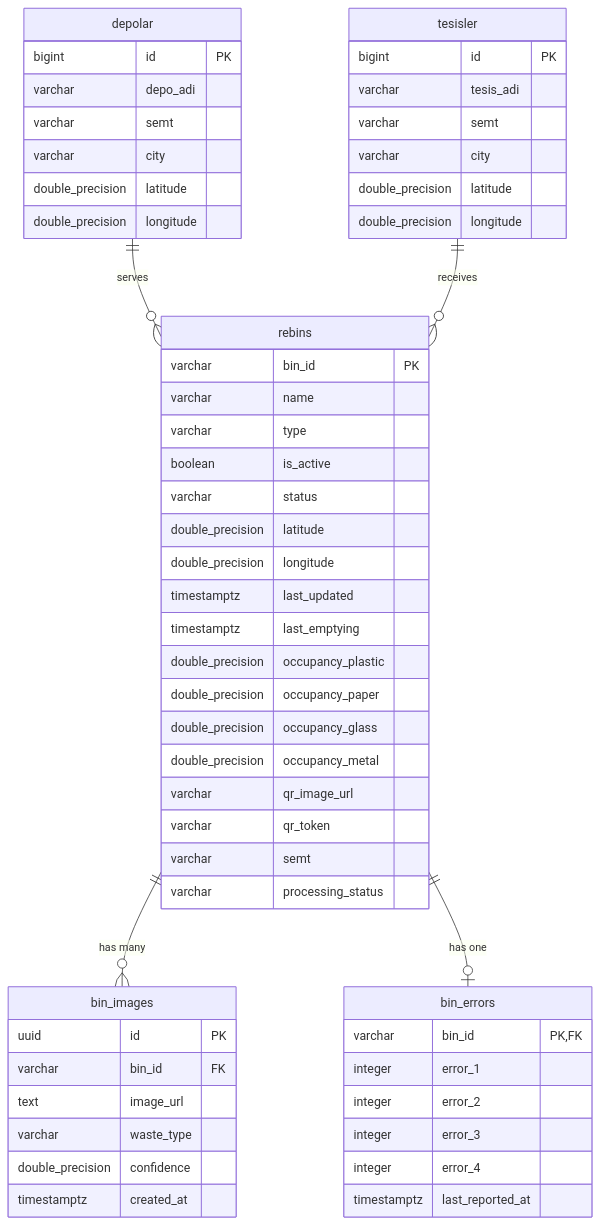
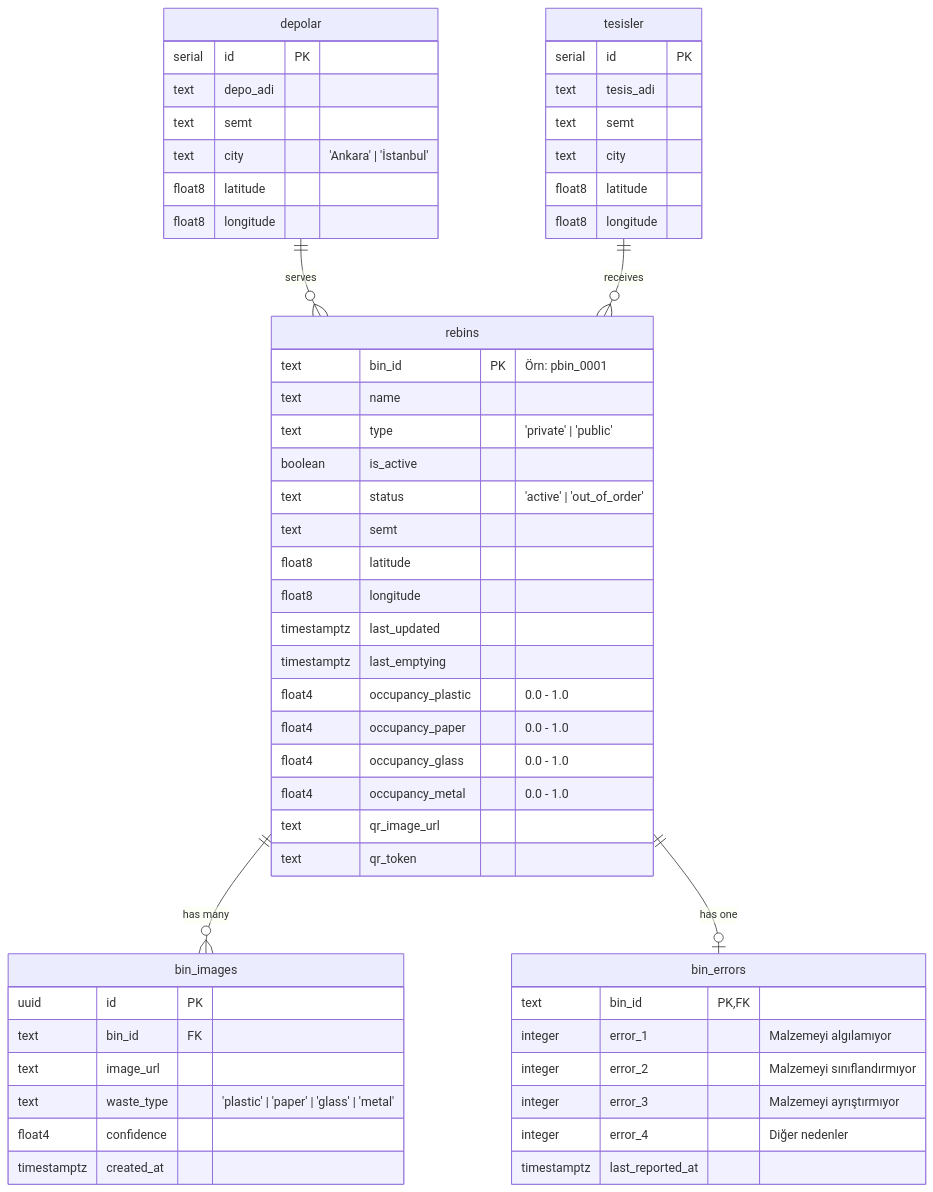
The diagram in Rebin_Web/README.md (rebinthebin/REBIN), drawn with Mermaid before and after one commit. The commit also changed other lines of this file, not shown here.

````diff
--- a/Rebin_Web/README.md
+++ b/Rebin_Web/README.md
@@ -192,63 +250,63 @@
 ```mermaid
 erDiagram
-    rebins ||--o{ bin_images : "has many"
-    rebins ||--o| bin_errors : "has one"
-    depolar ||--o{ rebins : "serves"
-    tesisler ||--o{ rebins : "receives"
+   rebins ||--o{ bin_images : "has many"
+   rebins ||--o| bin_errors : "has one"
+   depolar ||--o{ rebins : "serves"
+   tesisler ||--o{ rebins : "receives"
 
     rebins {
-        varchar bin_id PK
-        varchar name
-        varchar type
+        text bin_id PK "Örn: pbin_0001"
+        text name
+        text type "'private' | 'public'"
         boolean is_active
-        varchar status
-        double_precision latitude
-        double_precision longitude
+        text status "'active' | 'out_of_order'"
+        text semt
+        float8 latitude
+        float8 longitude
         timestamptz last_updated
         timestamptz last_emptying
-        double_precision occupancy_plastic
-        double_precision occupancy_paper
-        double_precision occupancy_glass
-        double_precision occupancy_metal
-        varchar qr_image_url
-        varchar qr_token
-        varchar semt
-        varchar processing_status
+        float4 occupancy_plastic "0.0 - 1.0"
+        float4 occupancy_paper "0.0 - 1.0"
+        float4 occupancy_glass "0.0 - 1.0"
+        float4 occupancy_metal "0.0 - 1.0"
+        text qr_image_url
+        text qr_token
     }
 
     bin_images {
         uuid id PK
-        varchar bin_id FK
+        text bin_id FK
         text image_url
-        varchar waste_type
-        double_precision confidence
+        text waste_type "'plastic' | 'paper' | 'glass' | 'metal'"
+        float4 confidence
         timestamptz created_at
     }
 
     bin_errors {
-        varchar bin_id PK, FK
-        integer error_1
-        integer error_2
-        integer error_3
-        integer error_4
+        text bin_id PK,FK
+        integer error_1 "Malzemeyi algılamıyor"
+        integer error_2 "Malzemeyi sınıflandırmıyor"
+        integer error_3 "Malzemeyi ayrıştırmıyor"
+        integer error_4 "Diğer nedenler"
         timestamptz last_reported_at
     }
 
     depolar {
-        bigint id PK
-        varchar depo_adi
-        varchar semt
-        varchar city
-        double_precision latitude
-        double_precision longitude
+        serial id PK
+        text depo_adi
+        text semt
+        text city "'Ankara' | 'İstanbul'"
+        float8 latitude
+        float8 longitude
     }
 
     tesisler {
-        bigint id PK
-        varchar tesis_adi
-        varchar semt
-        varchar city
-        double_precision latitude
-        double_precision longitude
+        serial id PK
+        text tesis_adi
+        text semt
+        text city
+        float8 latitude
+        float8 longitude
     }
+
 ```
````
